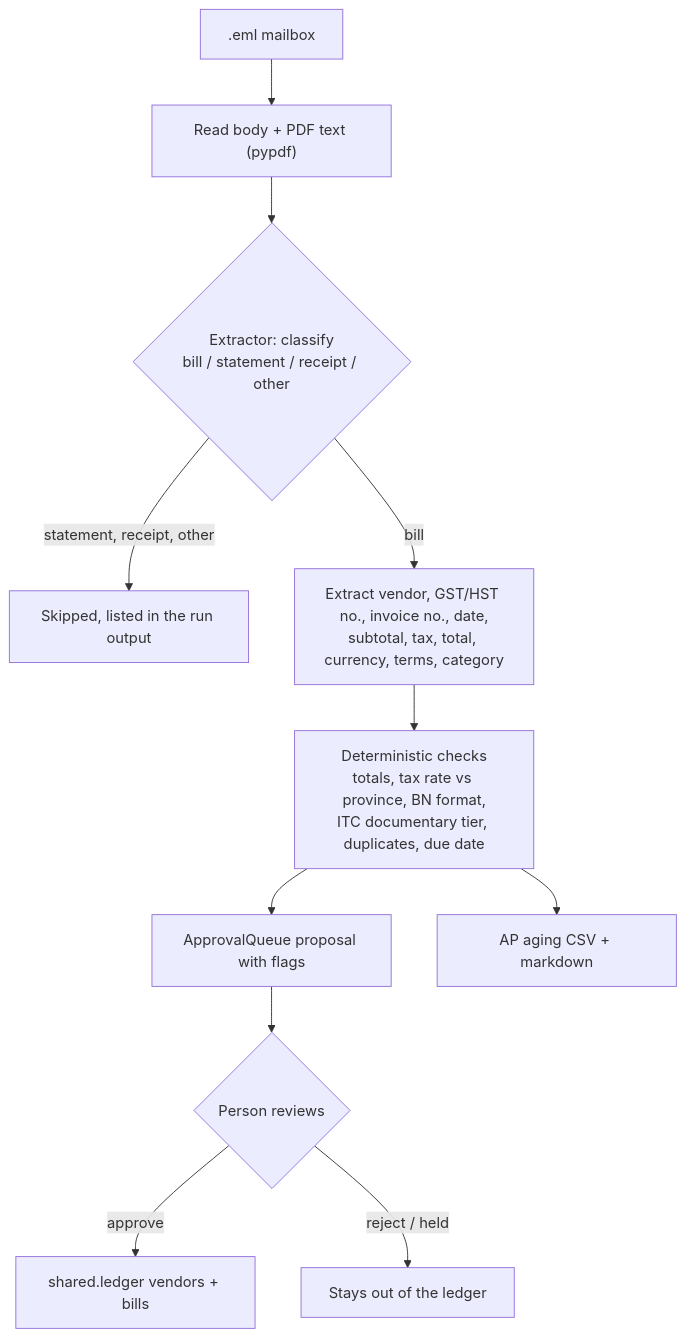
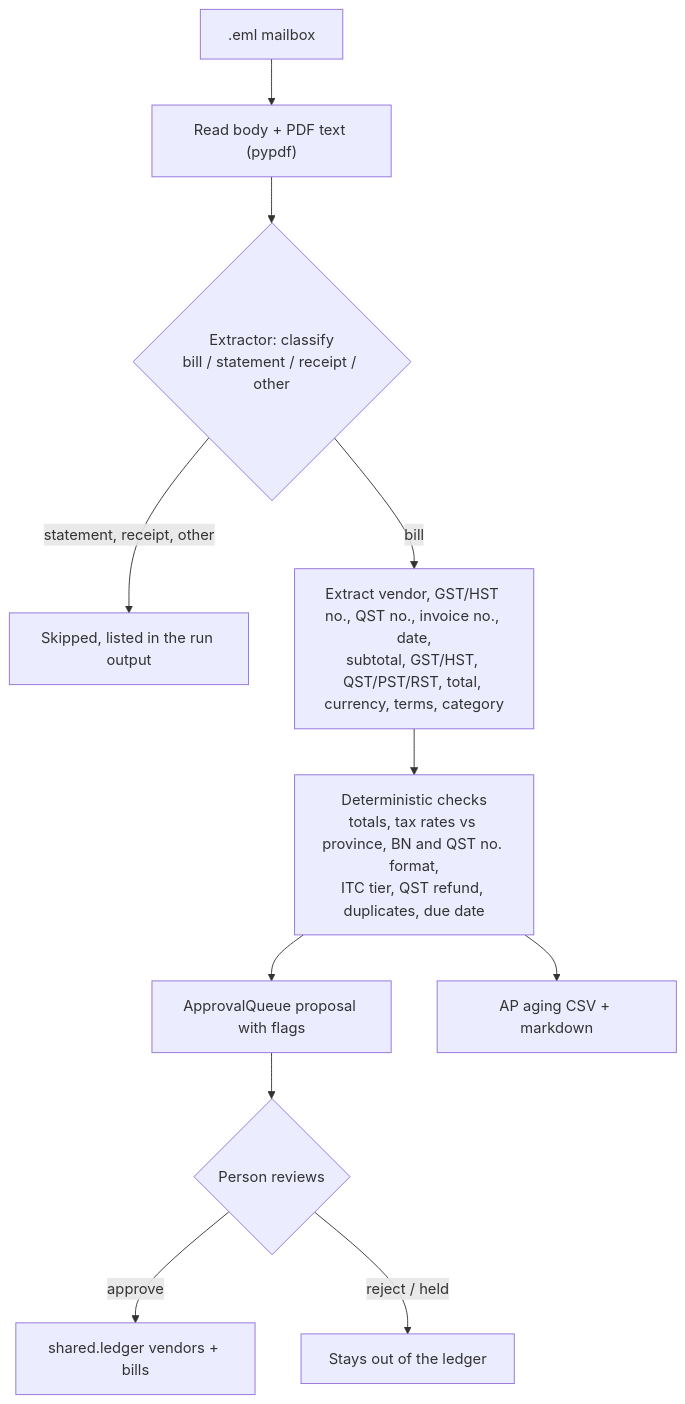
Before and after one commit to ankitmishra01/ai-finance-ops: the diagram in 02_bills/README.md, drawn with Mermaid. The commit also changed other lines of this file and 5 other files, not shown here.

First line of the commit message:
Docs: QST/PST support in the module READMEs, top README and architecture

````diff
--- a/02_bills/README.md
+++ b/02_bills/README.md
@@ -20,13 +20,13 @@
 ```mermaid
 flowchart TD
     A[".eml mailbox"] --> B["Read body + PDF text (pypdf)"]
     B --> C{"Extractor: classify<br/>bill / statement / receipt / other"}
     C -- "statement, receipt, other" --> S["Skipped, listed in the run output"]
-    C -- bill --> D["Extract vendor, GST/HST no., invoice no., date,<br/>subtotal, tax, total, currency, terms, category"]
-    D --> E["Deterministic checks<br/>totals, tax rate vs province, BN format,<br/>ITC documentary tier, duplicates, due date"]
+    C -- bill --> D["Extract vendor, GST/HST no., QST no., invoice no., date,<br/>subtotal, GST/HST, QST/PST/RST, total, currency, terms, category"]
+    D --> E["Deterministic checks<br/>totals, tax rates vs province, BN and QST no. format,<br/>ITC tier, QST refund, duplicates, due date"]
     E --> F["ApprovalQueue proposal with flags"]
     F --> G{"Person reviews"}
     G -- approve --> H["shared.ledger vendors + bills"]
     G -- "reject / held" --> I["Stays out of the ledger"]
     E --> J["AP aging CSV + markdown"]
 ```
````
